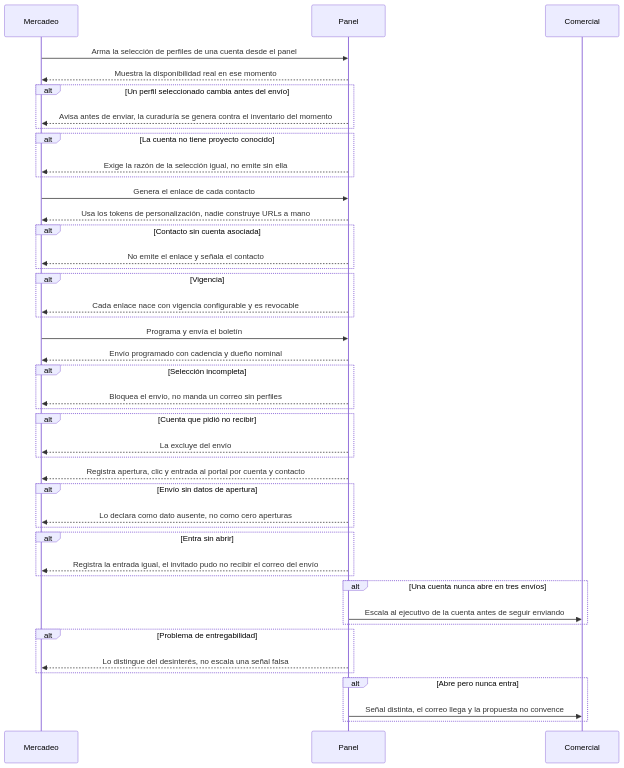
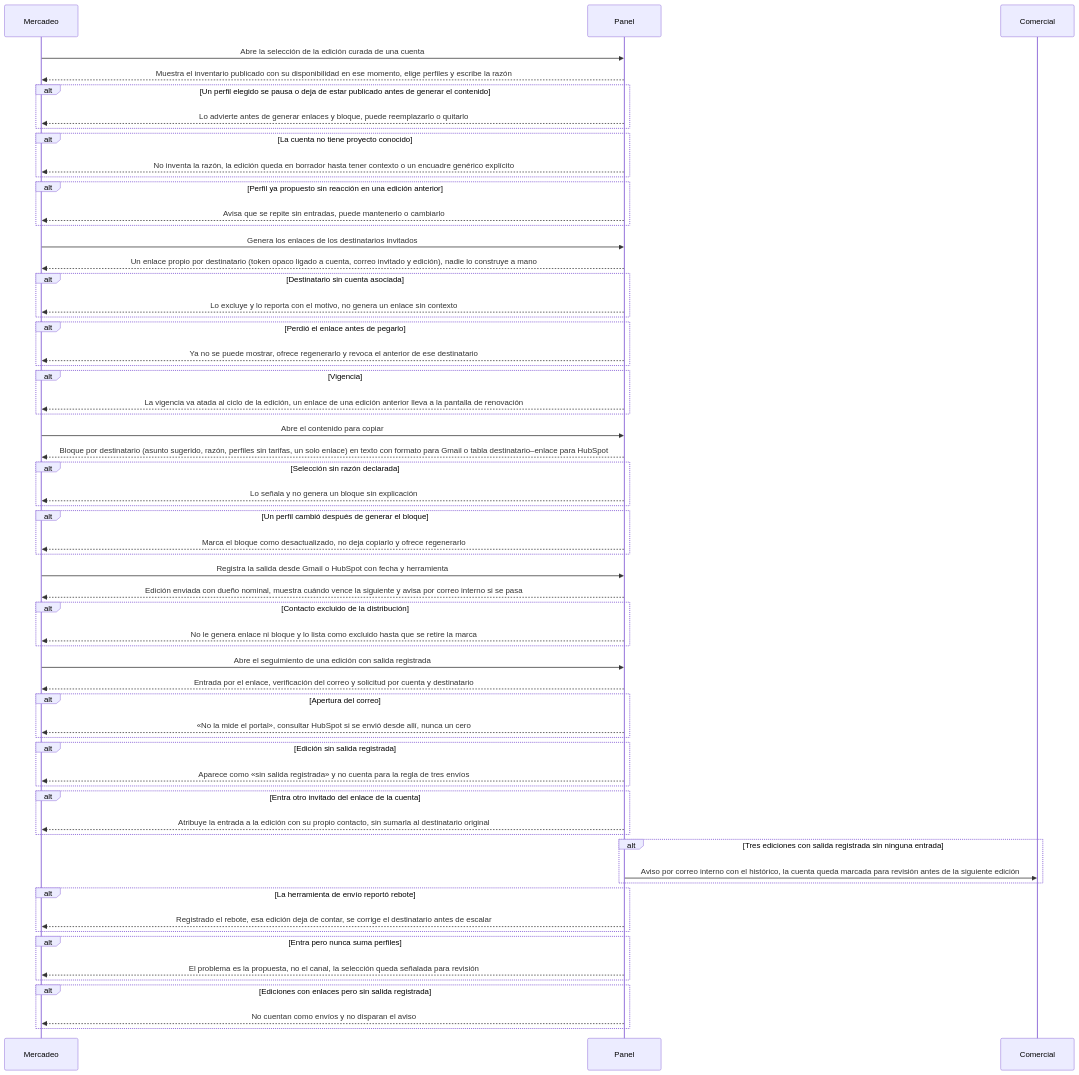
The diagram in docs/06-flows/EP-011-correo-curado-y-distribucion.md (JesusSeguraCO/ps-app-neural), drawn with Mermaid before and after one commit. The commit also changed other lines of this file and 192 other files, not shown here.

First line of the commit message:
docs(prototipo): rediseño con oficio, revisión Krug y boletín externo (PRD v4.14)

````diff
--- a/docs/06-flows/EP-011-correo-curado-y-distribucion.md
+++ b/docs/06-flows/EP-011-correo-curado-y-distribucion.md
@@ -19,86 +19,123 @@
   participant CO as Comercial
 
   %% HU-113
-  M->>P: Arma la selección de perfiles de una cuenta desde el panel
+  M->>P: Abre la selección de la edición curada de una cuenta
   %% HU-113
-  P-->>M: Muestra la disponibilidad real en ese momento
+  P-->>M: Muestra el inventario publicado con su disponibilidad en ese momento, elige perfiles y escribe la razón
 
   %% HU-113
-  alt Un perfil seleccionado cambia antes del envío
+  alt Un perfil elegido se pausa o deja de estar publicado antes de generar el contenido
     %% HU-113
-    P-->>M: Avisa antes de enviar, la curaduría se genera contra el inventario del momento
+    P-->>M: Lo advierte antes de generar enlaces y bloque, puede reemplazarlo o quitarlo
   end
 
   %% HU-113
   alt La cuenta no tiene proyecto conocido
     %% HU-113
-    P-->>M: Exige la razón de la selección igual, no emite sin ella
+    P-->>M: No inventa la razón, la edición queda en borrador hasta tener contexto o un encuadre genérico explícito
+  end
+
+  %% HU-113
+  alt Perfil ya propuesto sin reacción en una edición anterior
+    %% HU-113
+    P-->>M: Avisa que se repite sin entradas, puede mantenerlo o cambiarlo
   end
 
   %% HU-114
-  M->>P: Genera el enlace de cada contacto
+  M->>P: Genera los enlaces de los destinatarios invitados
   %% HU-114
-  P-->>M: Usa los tokens de personalización, nadie construye URLs a mano
+  P-->>M: Un enlace propio por destinatario (token opaco ligado a cuenta, correo invitado y edición), nadie lo construye a mano
 
   %% HU-114
-  alt Contacto sin cuenta asociada
+  alt Destinatario sin cuenta asociada
     %% HU-114
-    P-->>M: No emite el enlace y señala el contacto
+    P-->>M: Lo excluye y lo reporta con el motivo, no genera un enlace sin contexto
+  end
+
+  %% HU-114
+  alt Perdió el enlace antes de pegarlo
+    %% HU-114
+    P-->>M: Ya no se puede mostrar, ofrece regenerarlo y revoca el anterior de ese destinatario
   end
 
   %% HU-114
   alt Vigencia
     %% HU-114
-    P-->>M: Cada enlace nace con vigencia configurable y es revocable
+    P-->>M: La vigencia va atada al ciclo de la edición, un enlace de una edición anterior lleva a la pantalla de renovación
   end
 
   %% HU-115
-  M->>P: Programa y envía el boletín
+  M->>P: Abre el contenido para copiar
   %% HU-115
-  P-->>M: Envío programado con cadencia y dueño nominal
+  P-->>M: Bloque por destinatario (asunto sugerido, razón, perfiles sin tarifas, un solo enlace) en texto con formato para Gmail o tabla destinatario–enlace para HubSpot
 
   %% HU-115
-  alt Selección incompleta
+  alt Selección sin razón declarada
     %% HU-115
-    P-->>M: Bloquea el envío, no manda un correo sin perfiles
+    P-->>M: Lo señala y no genera un bloque sin explicación
   end
 
   %% HU-115
-  alt Cuenta que pidió no recibir
+  alt Un perfil cambió después de generar el bloque
     %% HU-115
-    P-->>M: La excluye del envío
+    P-->>M: Marca el bloque como desactualizado, no deja copiarlo y ofrece regenerarlo
+  end
+
+  %% HU-115
+  M->>P: Registra la salida desde Gmail o HubSpot con fecha y herramienta
+  %% HU-115
+  P-->>M: Edición enviada con dueño nominal, muestra cuándo vence la siguiente y avisa por correo interno si se pasa
+
+  %% HU-115
+  alt Contacto excluido de la distribución
+    %% HU-115
+    P-->>M: No le genera enlace ni bloque y lo lista como excluido hasta que se retire la marca
   end
 
   %% HU-116
-  P-->>M: Registra apertura, clic y entrada al portal por cuenta y contacto
+  M->>P: Abre el seguimiento de una edición con salida registrada
+  %% HU-116
+  P-->>M: Entrada por el enlace, verificación del correo y solicitud por cuenta y destinatario
 
   %% HU-116
-  alt Envío sin datos de apertura
+  alt Apertura del correo
     %% HU-116
-    P-->>M: Lo declara como dato ausente, no como cero aperturas
+    P-->>M: «No la mide el portal», consultar HubSpot si se envió desde allí, nunca un cero
   end
 
   %% HU-116
-  alt Entra sin abrir
+  alt Edición sin salida registrada
     %% HU-116
-    P-->>M: Registra la entrada igual, el invitado pudo no recibir el correo del envío
+    P-->>M: Aparece como «sin salida registrada» y no cuenta para la regla de tres envíos
+  end
+
+  %% HU-116
+  alt Entra otro invitado del enlace de la cuenta
+    %% HU-116
+    P-->>M: Atribuye la entrada a la edición con su propio contacto, sin sumarla al destinatario original
   end
 
   %% HU-117
-  alt Una cuenta nunca abre en tres envíos
+  alt Tres ediciones con salida registrada sin ninguna entrada
     %% HU-117
-    P->>CO: Escala al ejecutivo de la cuenta antes de seguir enviando
+    P->>CO: Aviso por correo interno con el histórico, la cuenta queda marcada para revisión antes de la siguiente edición
   end
 
   %% HU-117
-  alt Problema de entregabilidad
+  alt La herramienta de envío reportó rebote
     %% HU-117
-    P-->>M: Lo distingue del desinterés, no escala una señal falsa
+    P-->>M: Registrado el rebote, esa edición deja de contar, se corrige el destinatario antes de escalar
   end
 
   %% HU-117
-  alt Abre pero nunca entra
+  alt Entra pero nunca suma perfiles
     %% HU-117
-    P->>CO: Señal distinta, el correo llega y la propuesta no convence
+    P-->>M: El problema es la propuesta, no el canal, la selección queda señalada para revisión
+  end
+
+  %% HU-117
+  alt Ediciones con enlaces pero sin salida registrada
+    %% HU-117
+    P-->>M: No cuentan como envíos y no disparan el aviso
   end
 ```
````
